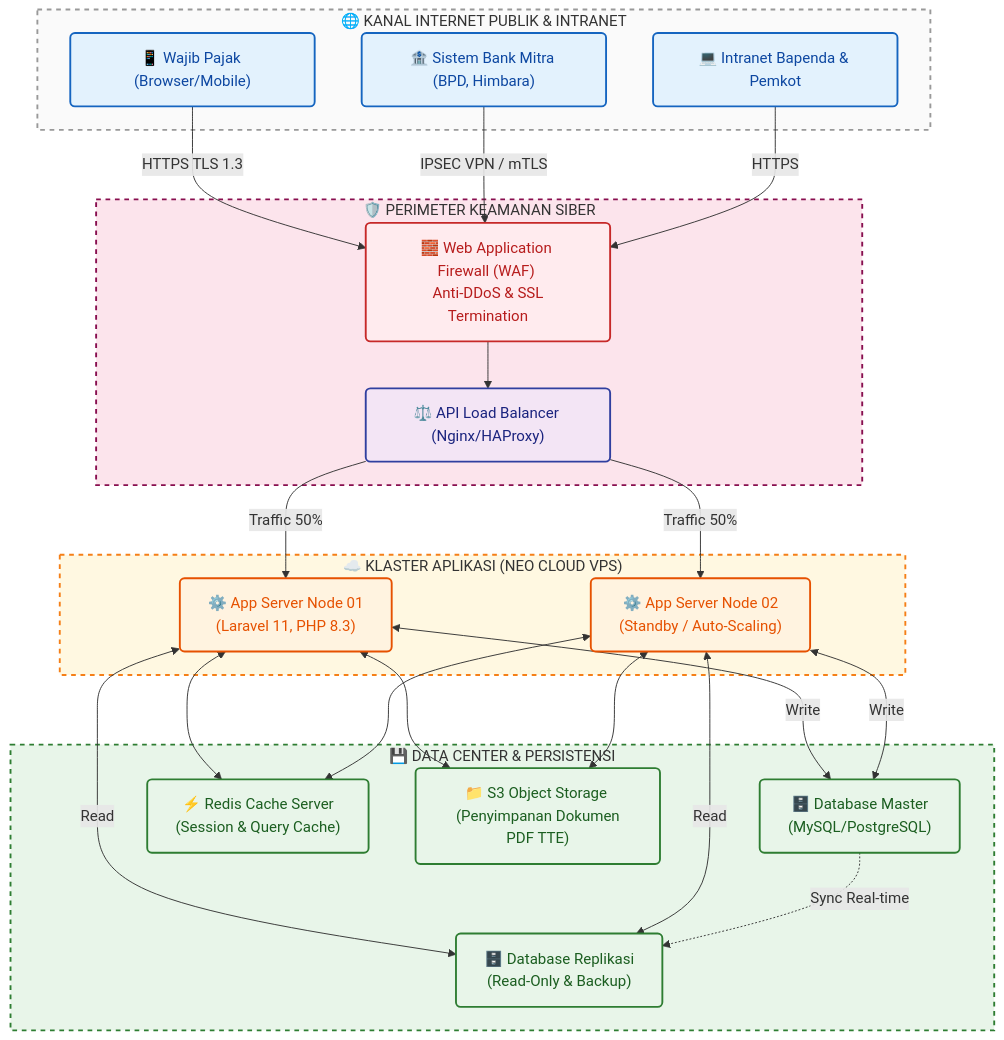
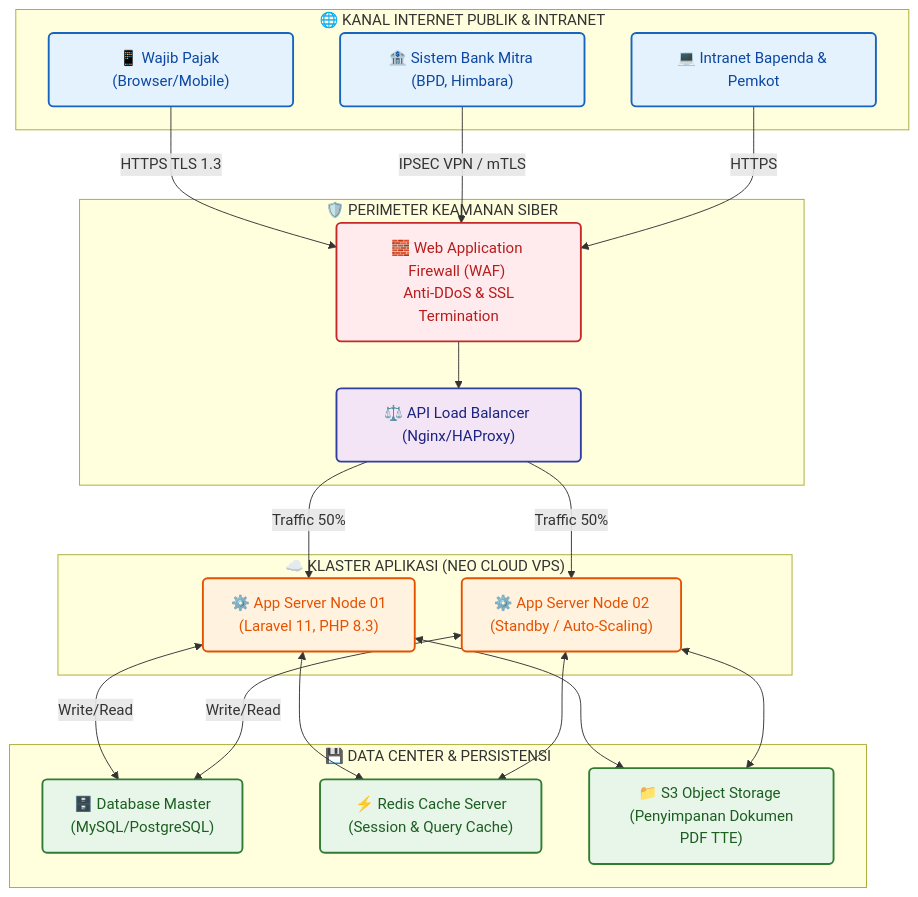
One commit to arif-rizal1122/retribusi-api changed the diagram in docs/Dokumen_Perencanaan_Sistem_Pendapatan_Baubau.md. Above: the diagram before and after it, drawn with Mermaid. The commit also changed other lines of this file, not shown here.

```diff
--- a/docs/Dokumen_Perencanaan_Sistem_Pendapatan_Baubau.md
+++ b/docs/Dokumen_Perencanaan_Sistem_Pendapatan_Baubau.md
@@ -102,57 +81,46 @@
 <div class="mermaid">
 flowchart TD
-    %% Styling
     classDef cloud fill:#e3f2fd,stroke:#1565c0,stroke-width:2px,color:#0d47a1,rx:5px,ry:5px
     classDef server fill:#fff3e0,stroke:#e65100,stroke-width:2px,color:#e65100,rx:5px,ry:5px
     classDef db fill:#e8f5e9,stroke:#2e7d32,stroke-width:2px,color:#1b5e20,rx:5px,ry:5px
     classDef firewall fill:#ffebee,stroke:#c62828,stroke-width:2px,color:#b71c1c,rx:5px,ry:5px
     classDef network fill:#f3e5f5,stroke:#303f9f,stroke-width:2px,color:#1a237e,rx:5px,ry:5px
-    
-    style AreaPublik fill:#fafafa,stroke:#999,stroke-width:2px,stroke-dasharray: 5 5
-    style AreaKeamanan fill:#fce4ec,stroke:#880e4f,stroke-width:2px,stroke-dasharray: 5 5
-    style AreaVPS fill:#fff8e1,stroke:#f57f17,stroke-width:2px,stroke-dasharray: 5 5
-    style AreaDB fill:#e8f5e9,stroke:#2e7d32,stroke-width:2px,stroke-dasharray: 5 5
 
     subgraph AreaPublik ["🌐 KANAL INTERNET PUBLIK & INTRANET"]
         Warga["📱 Wajib Pajak (Browser/Mobile)"]:::cloud
         Perbankan["🏦 Sistem Bank Mitra (BPD, Himbara)"]:::cloud
         Petugas["💻 Intranet Bapenda & Pemkot"]:::cloud
     end
 
     subgraph AreaKeamanan ["🛡️ PERIMETER KEAMANAN SIBER"]
         WAF["🧱 Web Application Firewall (WAF) <br> Anti-DDoS & SSL Termination"]:::firewall
         LB["⚖️ API Load Balancer (Nginx/HAProxy)"]:::network
     end
 
     subgraph AreaVPS ["☁️ KLASTER APLIKASI (NEO CLOUD VPS)"]
         Node1["⚙️ App Server Node 01 <br> (Laravel 11, PHP 8.3)"]:::server
         Node2["⚙️ App Server Node 02 <br> (Standby / Auto-Scaling)"]:::server
     end
 
     subgraph AreaDB ["💾 DATA CENTER & PERSISTENSI"]
         DBMaster["🗄️ Database Master <br> (MySQL/PostgreSQL)"]:::db
-        DBReplica["🗄️ Database Replikasi <br> (Read-Only & Backup)"]:::db
         Redis["⚡ Redis Cache Server <br> (Session & Query Cache)"]:::db
         ObjectStorage["📁 S3 Object Storage <br> (Penyimpanan Dokumen PDF TTE)"]:::db
     end
 
     Warga -->|HTTPS TLS 1.3| WAF
     Perbankan -->|IPSEC VPN / mTLS| WAF
     Petugas -->|HTTPS| WAF
 
     WAF --> LB
     LB -->|Traffic 50%| Node1
     LB -->|Traffic 50%| Node2
 
-    Node1 <-->|Write| DBMaster
-    Node1 <-->|Read| DBReplica
+    Node1 <-->|Write/Read| DBMaster
     Node1 <--> Redis
     Node1 <--> ObjectStorage
 
-    Node2 <-->|Write| DBMaster
-    Node2 <-->|Read| DBReplica
+    Node2 <-->|Write/Read| DBMaster
     Node2 <--> Redis
     Node2 <--> ObjectStorage
-
-    DBMaster -.->|Sync Real-time| DBReplica
 </div>
```
